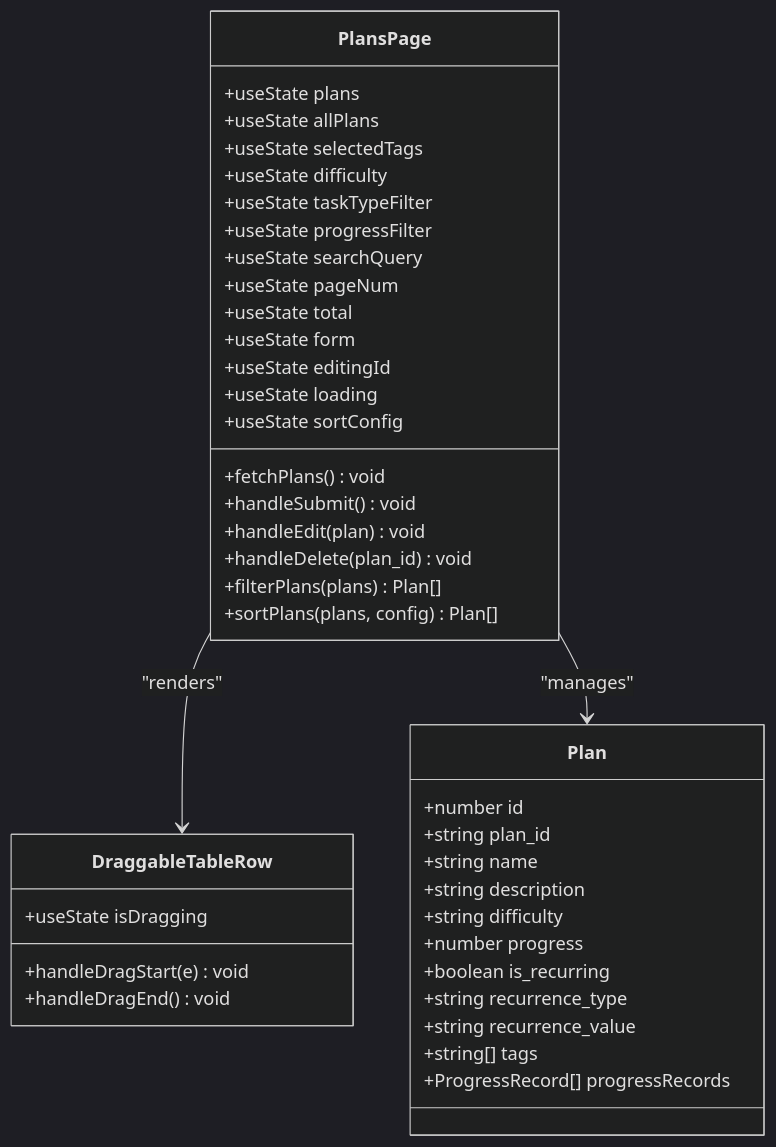
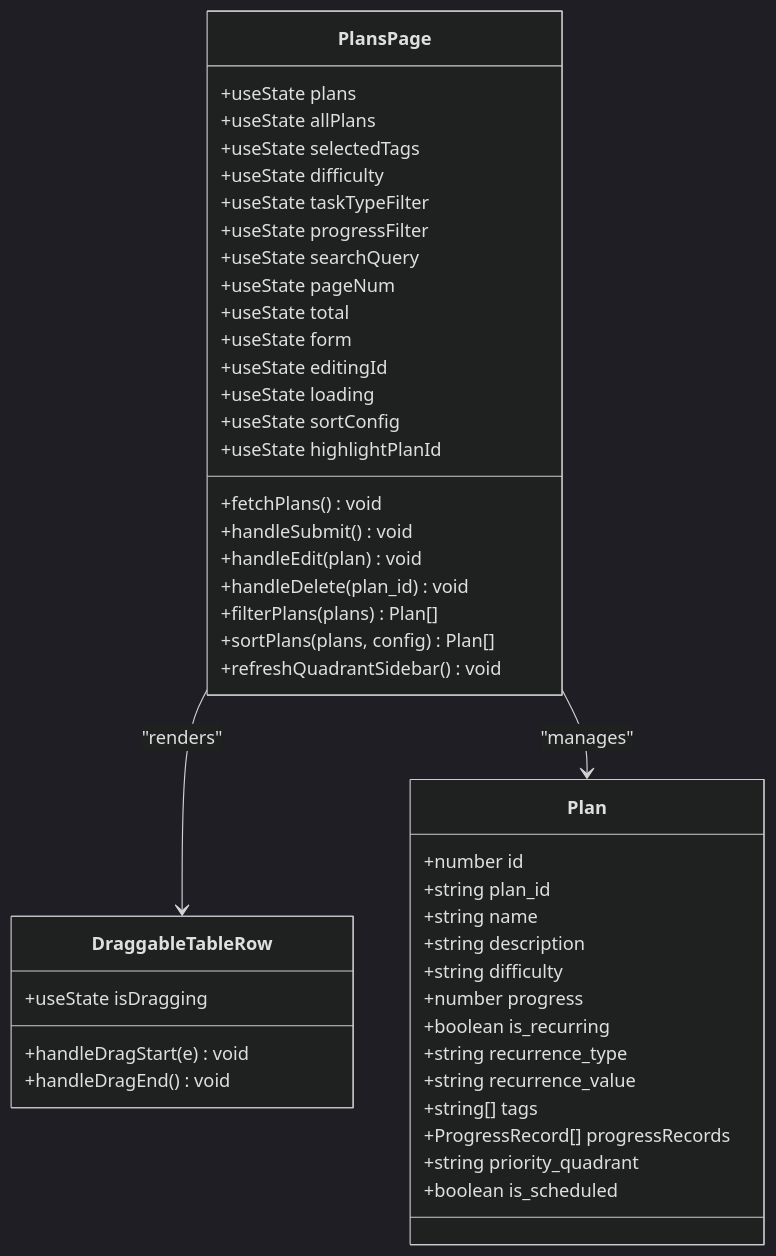
Before and after one commit to peixuanhu/goal-mate: the seventh of 12 diagrams in .qoder/repowiki/en/content/API Reference/Enhanced Plan Management Endpoints.md, drawn with Mermaid (dark theme). The commit also changed other lines of this file and 6 other files, not shown here.

````diff
--- a/.qoder/repowiki/en/content/API Reference/Enhanced Plan Management Endpoints.md
+++ b/.qoder/repowiki/en/content/API Reference/Enhanced Plan Management Endpoints.md
@@ -307,44 +350,48 @@
 ```mermaid
 classDiagram
 class PlansPage {
 +useState plans
 +useState allPlans
 +useState selectedTags
 +useState difficulty
 +useState taskTypeFilter
 +useState progressFilter
 +useState searchQuery
 +useState pageNum
 +useState total
 +useState form
 +useState editingId
 +useState loading
 +useState sortConfig
++useState highlightPlanId
 +fetchPlans() void
 +handleSubmit() void
 +handleEdit(plan) void
 +handleDelete(plan_id) void
 +filterPlans(plans) Plan[]
 +sortPlans(plans, config) Plan[]
++refreshQuadrantSidebar() void
 }
 class DraggableTableRow {
 +useState isDragging
 +handleDragStart(e) void
 +handleDragEnd() void
 }
 class Plan {
 +number id
 +string plan_id
 +string name
 +string description
 +string difficulty
 +number progress
 +boolean is_recurring
 +string recurrence_type
 +string recurrence_value
 +string[] tags
 +ProgressRecord[] progressRecords
++string priority_quadrant
++boolean is_scheduled
 }
 PlansPage --> DraggableTableRow : "renders"
 PlansPage --> Plan : "manages"
 ```
````
